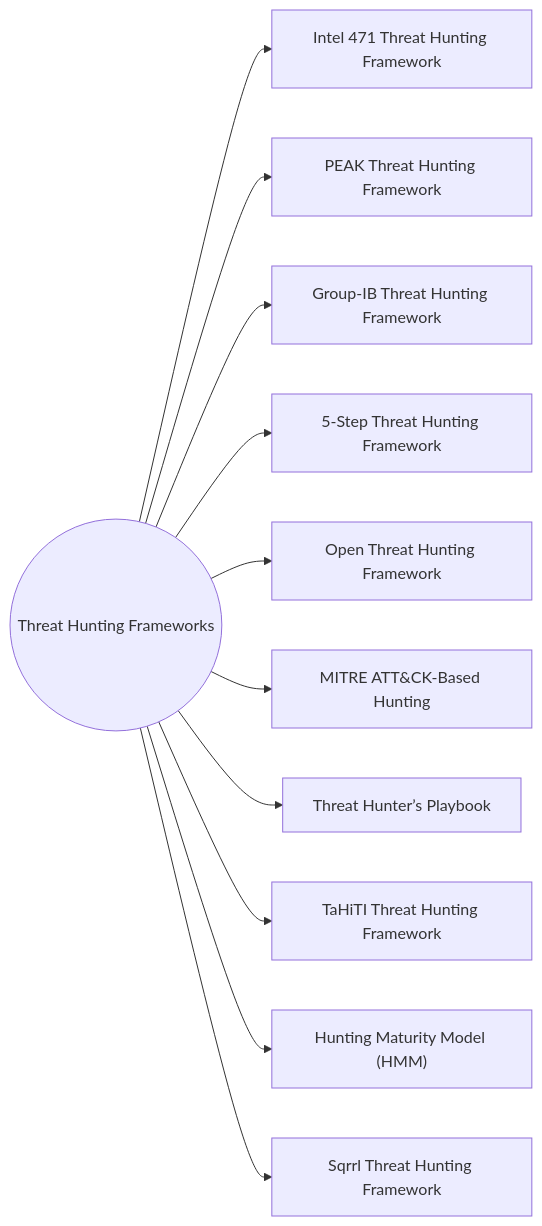
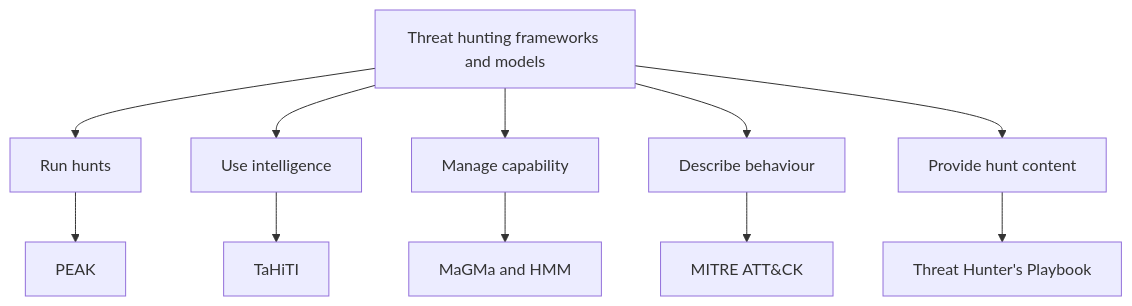
Before and after one commit to rjohnsen/threathunting-book: the diagram in content/part-1/frameworks/threathunting/_index.md, drawn with Mermaid. The commit also changed other lines of this file, not shown here.

Commit message:
Enhanced the threat hunting frameworks article

````diff
--- a/content/part-1/frameworks/threathunting/_index.md
+++ b/content/part-1/frameworks/threathunting/_index.md
@@ -21,15 +66,15 @@
 ```mermaid
-flowchart LR
-  A((Threat Hunting Frameworks))
+flowchart TD
+    A[Threat hunting frameworks and models]
+    A --> B[Run hunts]
+    A --> C[Use intelligence]
+    A --> D[Manage capability]
+    A --> E[Describe behaviour]
+    A --> F[Provide hunt content]
 
-  A --> B["Intel 471 Threat Hunting Framework"]
-  A --> C["PEAK Threat Hunting Framework"]
-  A --> D["Group-IB Threat Hunting Framework"]
-  A --> E["5-Step Threat Hunting Framework"]
-  A --> F["Open Threat Hunting Framework"]
-  A --> G["MITRE ATT&CK-Based Hunting"]
-  A --> H["Threat Hunter’s Playbook"]
-  A --> I["TaHiTI Threat Hunting Framework"]
-  A --> J["Hunting Maturity Model (HMM)"]
-  A --> K["Sqrrl Threat Hunting Framework"]
+    B --> B1[PEAK]
+    C --> C1[TaHiTI]
+    D --> D1[MaGMa and HMM]
+    E --> E1[MITRE ATT&CK]
+    F --> F1[Threat Hunter's Playbook]
 ```
````
